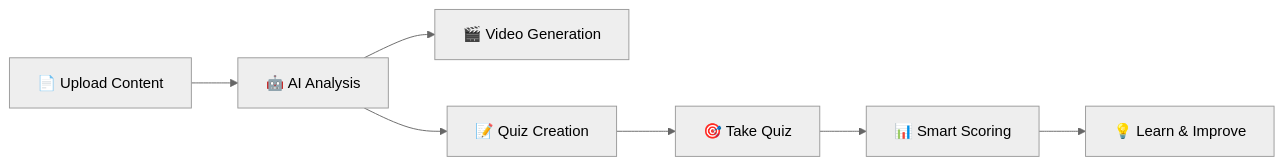
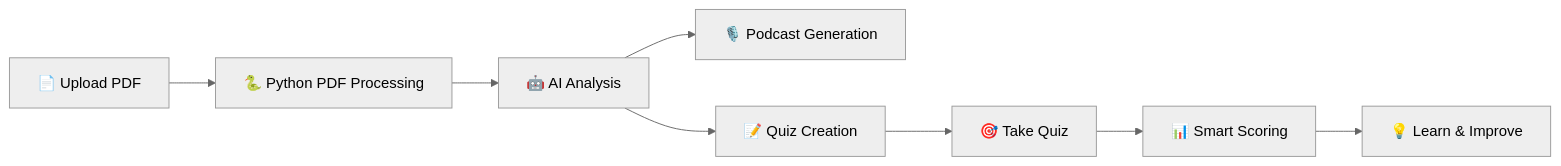
The diagram in README.md (SouryaParnSid/QuizGenius), drawn with Mermaid (neutral theme) before and after one commit. The commit also changed other lines of this file and 15 other files, not shown here.

First line of the commit message:
feat: update README and components for podcast generation

````diff
--- a/README.md
+++ b/README.md
@@ -126,9 +136,10 @@
 ```mermaid
 graph LR
-    A[📄 Upload Content] --> B[🤖 AI Analysis]
-    B --> C[🎬 Video Generation]
-    B --> D[📝 Quiz Creation]
-    D --> E[🎯 Take Quiz]
-    E --> F[📊 Smart Scoring]
-    F --> G[💡 Learn & Improve]
+    A[📄 Upload PDF] --> B[🐍 Python PDF Processing]
+    B --> C[🤖 AI Analysis]
+    C --> D[🎙️ Podcast Generation]
+    C --> E[📝 Quiz Creation]
+    E --> F[🎯 Take Quiz]
+    F --> G[📊 Smart Scoring]
+    G --> H[💡 Learn & Improve]
 ```
````
